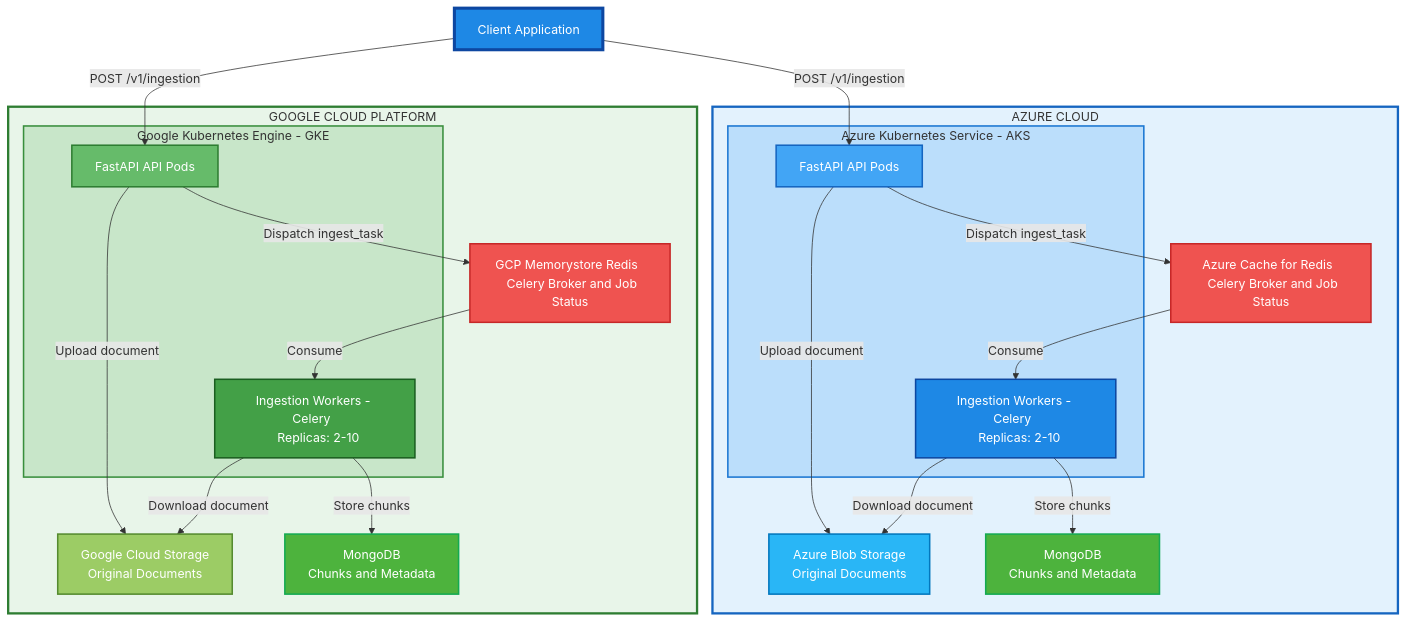
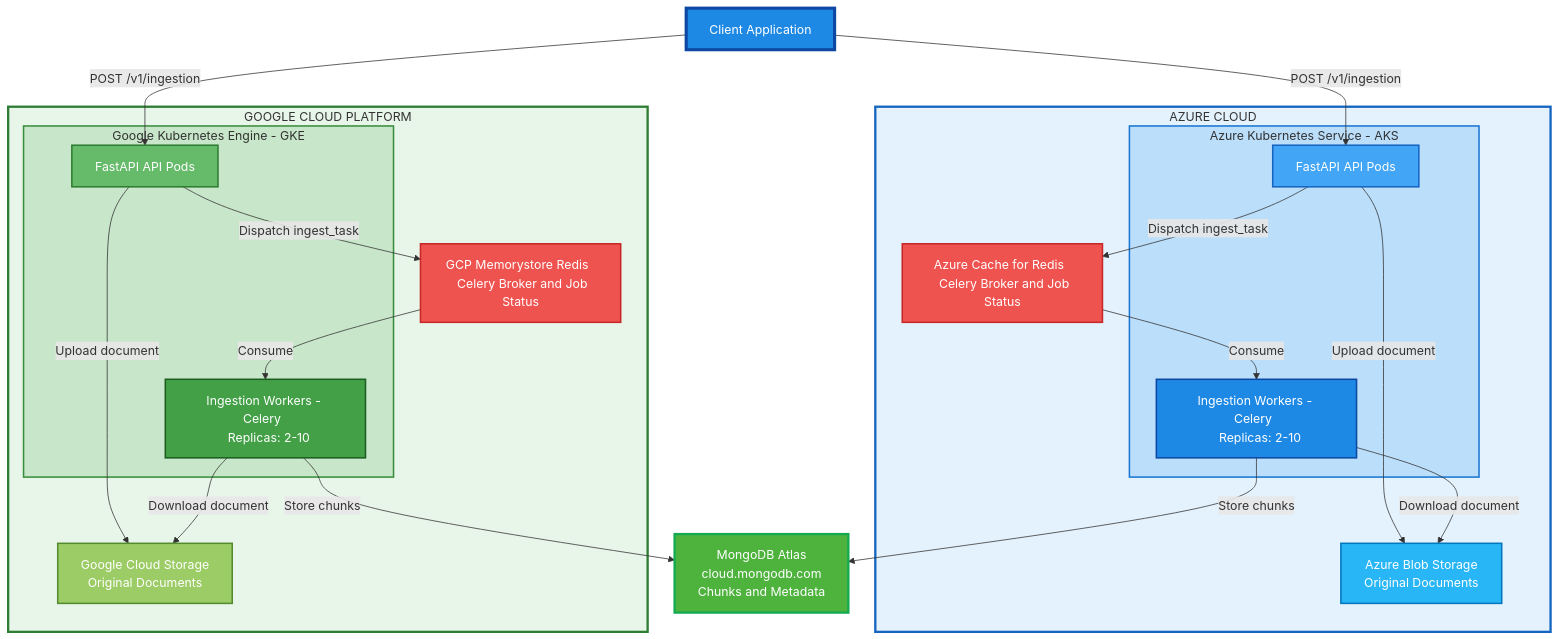
The first of 2 diagrams in docs/DESIGN.md (hmunjuluri05/rag-ingestion-api), drawn with Mermaid before and after one commit. The commit also changed other lines of this file, not shown here.

````diff
--- a/docs/DESIGN.md
+++ b/docs/DESIGN.md
@@ -75,57 +75,56 @@
 ```mermaid
 graph TB
     Client["Client Application  "]
 
     subgraph Azure["  AZURE CLOUD  "]
         subgraph AKS["  Azure Kubernetes Service - AKS  "]
             API_A["  FastAPI API Pods  "]
             Workers_A["  Ingestion Workers - Celery  <br/>  Replicas: 2-10  "]
         end
         Redis_A["  Azure Cache for Redis  <br/>  Celery Broker and Job Status  "]
         Blob_A["  Azure Blob Storage  <br/>  Original Documents  "]
-        MongoDB_A["  MongoDB  <br/>  Chunks and Metadata  "]
     end
 
     subgraph GCP["  GOOGLE CLOUD PLATFORM  "]
         subgraph GKE["  Google Kubernetes Engine - GKE  "]
             API_G["  FastAPI API Pods  "]
             Workers_G["  Ingestion Workers - Celery  <br/>  Replicas: 2-10  "]
         end
         Redis_G["  GCP Memorystore Redis  <br/>  Celery Broker and Job Status  "]
         GCS_G["  Google Cloud Storage  <br/>  Original Documents  "]
-        MongoDB_G["  MongoDB  <br/>  Chunks and Metadata  "]
     end
+
+    MongoDB["  MongoDB Atlas  <br/>  cloud.mongodb.com  <br/>  Chunks and Metadata  "]
 
     Client -->|POST /v1/ingestion| API_A
     Client -->|POST /v1/ingestion| API_G
 
     API_A -->|Dispatch ingest_task| Redis_A
     Redis_A -->|Consume| Workers_A
 
     API_A -->|Upload document| Blob_A
     Workers_A -->|Download document| Blob_A
-    Workers_A -->|Store chunks| MongoDB_A
+    Workers_A -->|Store chunks| MongoDB
 
     API_G -->|Dispatch ingest_task| Redis_G
     Redis_G -->|Consume| Workers_G
 
     API_G -->|Upload document| GCS_G
     Workers_G -->|Download document| GCS_G
-    Workers_G -->|Store chunks| MongoDB_G
+    Workers_G -->|Store chunks| MongoDB
 
     style Client fill:#1E88E5,stroke:#0D47A1,stroke-width:4px,color:#FFFFFF
     style Azure fill:#E3F2FD,stroke:#1565C0,stroke-width:3px
     style AKS fill:#BBDEFB,stroke:#1976D2,stroke-width:2px
     style API_A fill:#42A5F5,stroke:#1565C0,stroke-width:2px,color:#FFFFFF
     style Workers_A fill:#1E88E5,stroke:#0D47A1,stroke-width:2px,color:#FFFFFF
     style Redis_A fill:#EF5350,stroke:#C62828,stroke-width:2px,color:#FFFFFF
     style Blob_A fill:#29B6F6,stroke:#0277BD,stroke-width:2px,color:#FFFFFF
-    style MongoDB_A fill:#4DB33D,stroke:#13AA52,stroke-width:2px,color:#FFFFFF
     style GCP fill:#E8F5E9,stroke:#2E7D32,stroke-width:3px
     style GKE fill:#C8E6C9,stroke:#388E3C,stroke-width:2px
     style API_G fill:#66BB6A,stroke:#2E7D32,stroke-width:2px,color:#FFFFFF
     style Workers_G fill:#43A047,stroke:#1B5E20,stroke-width:2px,color:#FFFFFF
     style Redis_G fill:#EF5350,stroke:#C62828,stroke-width:2px,color:#FFFFFF
     style GCS_G fill:#9CCC65,stroke:#558B2F,stroke-width:2px,color:#FFFFFF
-    style MongoDB_G fill:#4DB33D,stroke:#13AA52,stroke-width:2px,color:#FFFFFF
+    style MongoDB fill:#4DB33D,stroke:#13AA52,stroke-width:3px,color:#FFFFFF
 ```
````
